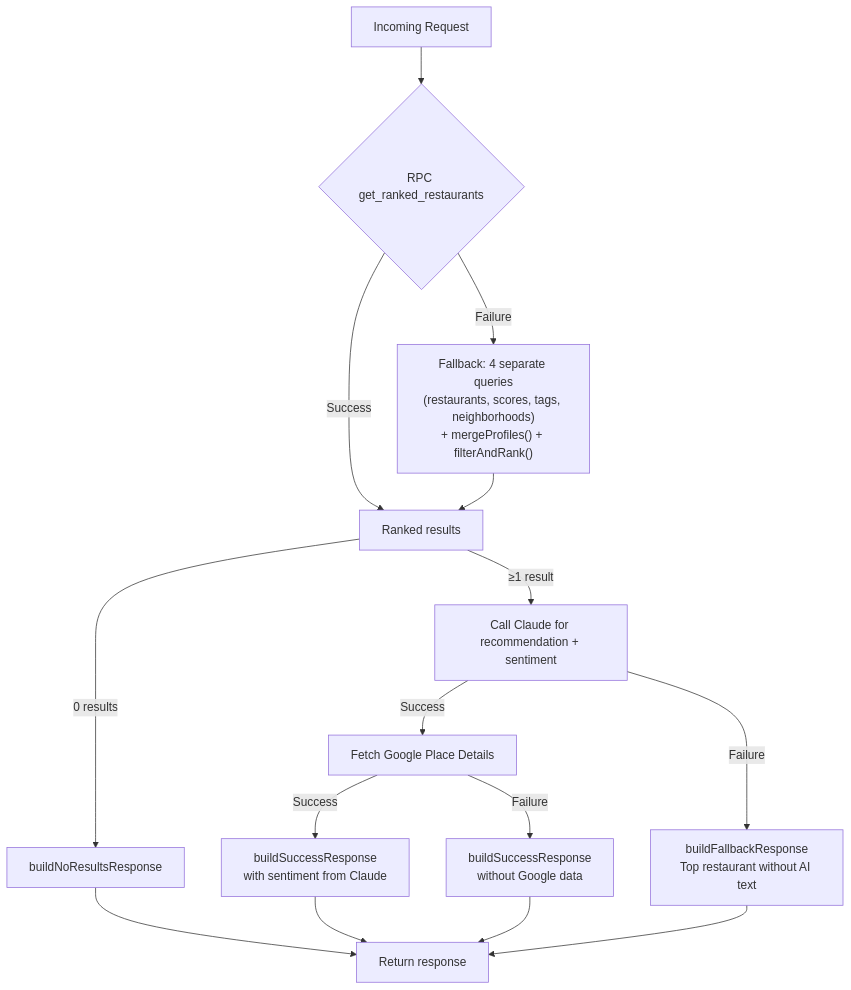
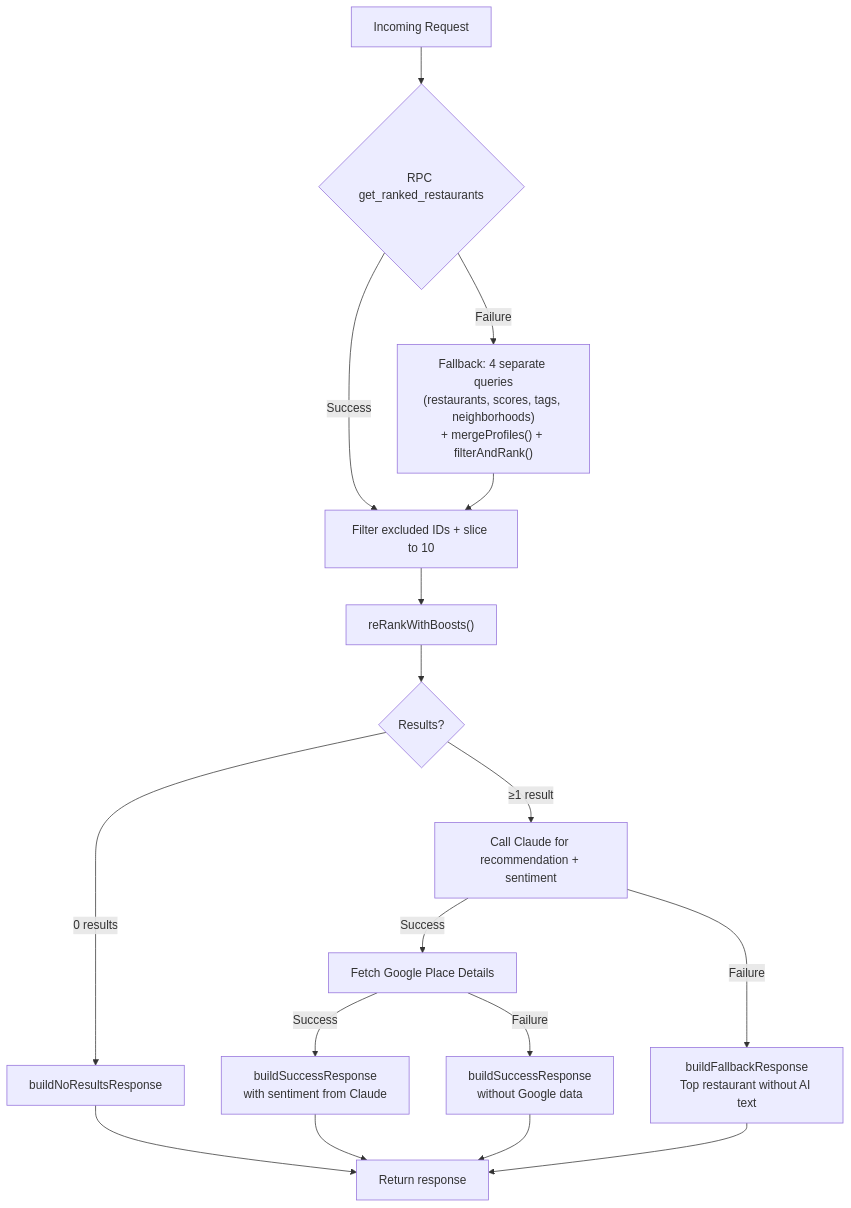
Before and after one commit to aacrit/dondeBackend: the eighth of 9 diagrams in docs/system-architecture.md, drawn with Mermaid. The commit also changed other lines of this file and 3 other files, not shown here.

First line of the commit message:
Update all docs with missing context: exclude param, reRankWithBoosts, ranking algorithm, enrichment changes

````diff
--- a/docs/system-architecture.md
+++ b/docs/system-architecture.md
@@ -299,21 +318,23 @@
 ```mermaid
 flowchart TD
     REQ[Incoming Request] --> RPC{RPC get_ranked_restaurants}
-    RPC -->|"Success"| RANK_OK[Ranked results]
+    RPC -->|"Success"| EXCLUDE["Filter excluded IDs + slice to 10"]
     RPC -->|"Failure"| LEGACY["Fallback: 4 separate queries<br/>(restaurants, scores, tags, neighborhoods)<br/>+ mergeProfiles() + filterAndRank()"]
-    LEGACY --> RANK_OK
+    LEGACY --> EXCLUDE
+    EXCLUDE --> RERANK["reRankWithBoosts()"]
+    RERANK --> RANK_OK{Results?}
 
     RANK_OK --> |"0 results"| NO_RESULTS[buildNoResultsResponse]
     RANK_OK --> |"≥1 result"| CLAUDE[Call Claude for recommendation + sentiment]
 
     CLAUDE --> |"Success"| GOOGLE_FETCH[Fetch Google Place Details]
     CLAUDE --> |"Failure"| FALLBACK[buildFallbackResponse<br/>Top restaurant without AI text]
 
     GOOGLE_FETCH --> |"Success"| SUCCESS[buildSuccessResponse<br/>with sentiment from Claude]
     GOOGLE_FETCH --> |"Failure"| SUCCESS2[buildSuccessResponse<br/>without Google data]
 
     FALLBACK --> RESP[Return response]
     NO_RESULTS --> RESP
     SUCCESS --> RESP
     SUCCESS2 --> RESP
 ```
````
